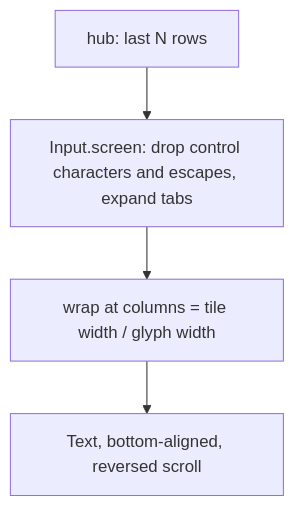
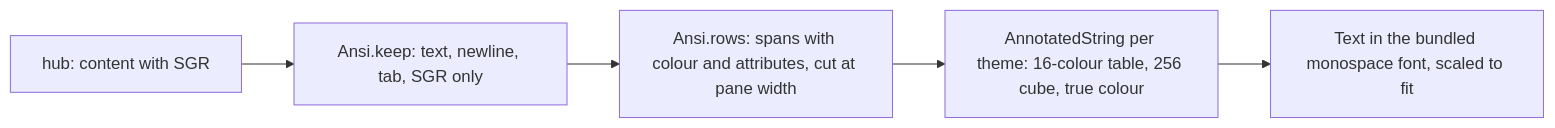
The diagram in docs/features/pane-view.md (notmarkopadjen/muxway-android), drawn with Mermaid before and after one commit. The commit also changed other lines of this file and 4 other files, not shown here.

Commit message:
Docs: pane view with colour, fit, tabs and gestures; plan review and run; 0.2.0

````diff
--- a/docs/features/pane-view.md
+++ b/docs/features/pane-view.md
@@ -30,6 +38,7 @@
 ```mermaid
-flowchart TD
-    H[hub: last N rows] --> C[Input.screen: drop control characters and escapes, expand tabs]
-    C --> W[wrap at columns = tile width / glyph width]
-    W --> T[Text, bottom-aligned, reversed scroll]
+flowchart LR
+    H[hub: content with SGR] --> K[Ansi.keep: text, newline, tab, SGR only]
+    K --> R[Ansi.rows: spans with colour and attributes, cut at pane width]
+    R --> A[AnnotatedString per theme: 16-colour table, 256 cube, true colour]
+    A --> T[Text in the bundled monospace font, scaled to fit]
 ```
````
